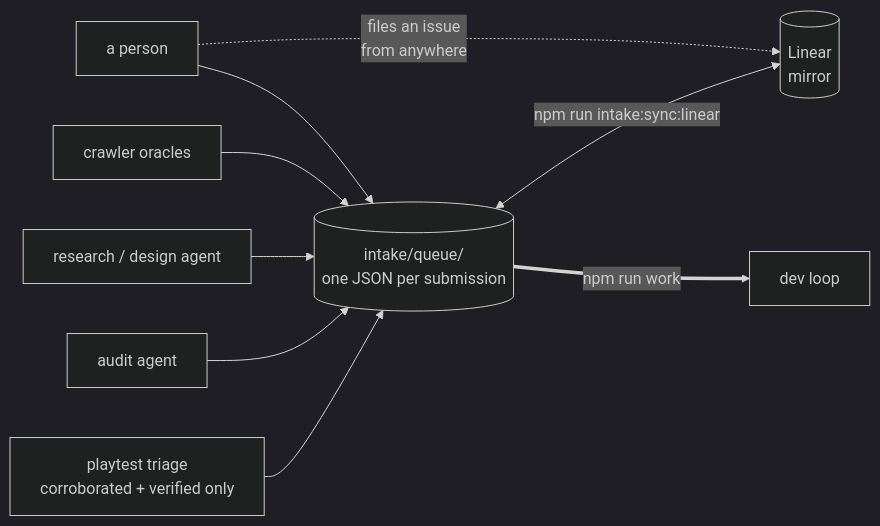
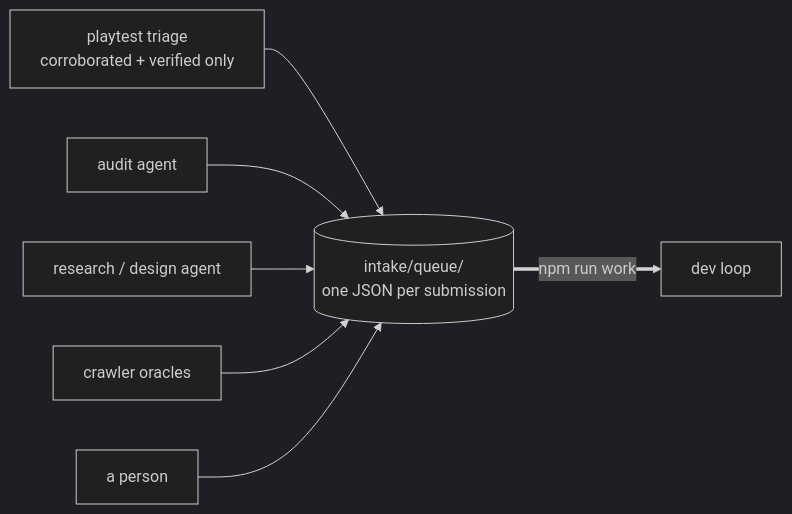
One commit to michaelcrosato/adventureforge changed the second of 2 diagrams in docs/two_loop_workflow.md. Above: the diagram before and after it, drawn with Mermaid (dark theme). The commit also changed other lines of this file and 86 other files, not shown here.

````diff
--- a/docs/two_loop_workflow.md
+++ b/docs/two_loop_workflow.md
@@ -237,11 +237,9 @@
 ```mermaid
 flowchart LR
     P["playtest triage<br/>corroborated + verified only"] --> Q
     A["audit agent"] --> Q
     R["research / design agent"] --> Q
     C["crawler oracles"] --> Q
     H["a person"] --> Q[("intake/queue/<br/>one JSON per submission")]
-    Q <-->|"npm run intake:sync:linear"| LIN[("Linear<br/>mirror")]
-    H -.->|"files an issue<br/>from anywhere"| LIN
     Q ==>|"npm run work"| DEV["dev loop"]
 ```
````
